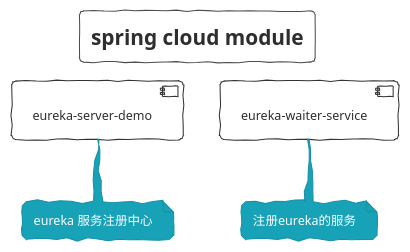
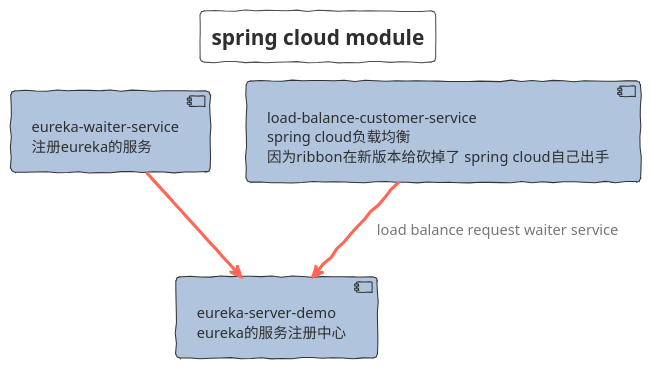
One commit to FantasybabyChange/springStudyProject changed the diagram in spring-cloud-study/Module.puml. Above: the diagram before and after it, drawn with PlantUML. The commit also changed 20 other files, not shown here.

Commit message:
add load balance

```diff
--- a/spring-cloud-study/Module.puml
+++ b/spring-cloud-study/Module.puml
@@ -1,14 +1,31 @@
 @startuml SPRING_CLOUD_STUDY_MODULE
 !theme sketchy-outline
 title spring cloud module
-[eureka-server-demo] as esd
-[eureka-waiter-service] as ews
-note bottom of esd
-   eureka 服务注册中心
-end note
+skinparam interface {
+}
+skinparam component {
+   backgroundColor LightSteelBlue
+   FontSize 14
+   ArrowFontSize 14
+   ArrowFontColor #777777
+   ArrowColor #FF6655
+}
 
-note bottom of ews
+component esd[
+   eureka-server-demo
+   eureka的服务注册中心
+] 
+
+component ews[
+   eureka-waiter-service
    注册eureka的服务
-end note
+]
+component lbcs[
+   load-balance-customer-service
+   spring cloud负载均衡
+   因为ribbon在新版本给砍掉了  spring cloud自己出手
+]
 
+ews --> esd
+lbcs --> esd:load balance request waiter service
 @enduml
```
